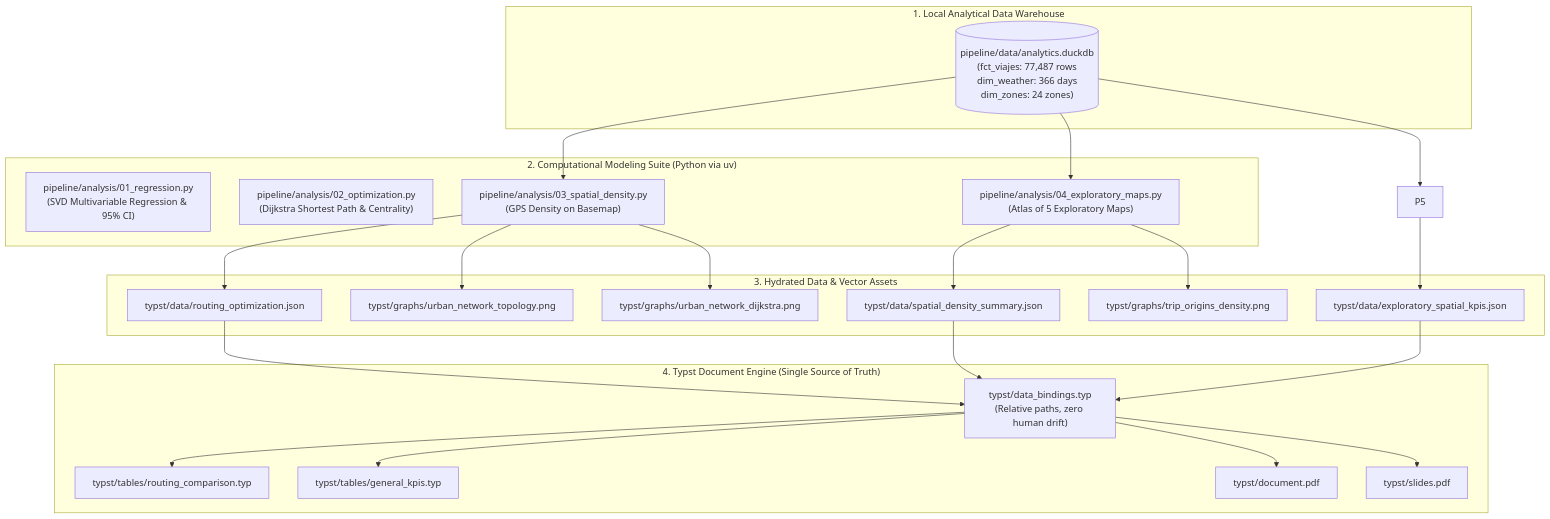
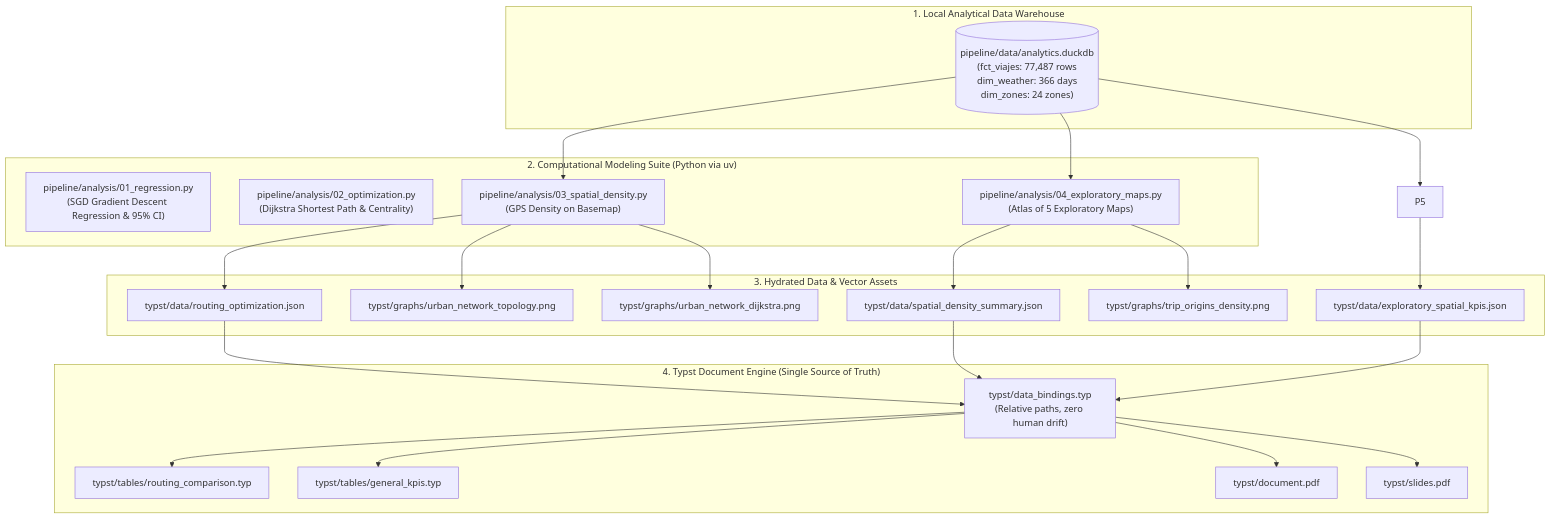
One commit to vect-maker/integrador-four changed the first of 2 diagrams in doc/paper_completion_roadmap.md. Above: the diagram before and after it, drawn with Mermaid. The commit also changed 4 other files, not shown here.

````diff
--- a/doc/paper_completion_roadmap.md
+++ b/doc/paper_completion_roadmap.md
@@ -25,37 +25,37 @@
 ```mermaid
 flowchart TD
     subgraph S1["1. Local Analytical Data Warehouse"]
         DuckDB[("pipeline/data/analytics.duckdb<br/>(fct_viajes: 77,487 rows<br/>dim_weather: 366 days<br/>dim_zones: 24 zones)")]
     end
 
     subgraph S2["2. Computational Modeling Suite (Python via uv)"]
-        P1["pipeline/analysis/01_regression.py<br/>(SVD Multivariable Regression & 95% CI)"]
+        P1["pipeline/analysis/01_regression.py<br/>(SGD Gradient Descent Regression & 95% CI)"]
         P2["pipeline/analysis/02_optimization.py<br/>(Dijkstra Shortest Path & Centrality)"]
         P3["pipeline/analysis/03_spatial_density.py<br/>(GPS Density on Basemap)"]
         P4["pipeline/analysis/04_exploratory_maps.py<br/>(Atlas of 5 Exploratory Maps)"]
     end
 
     subgraph S3["3. Hydrated Data & Vector Assets"]
         J3["typst/data/routing_optimization.json"]
         J4["typst/data/spatial_density_summary.json"]
         J5["typst/data/exploratory_spatial_kpis.json"]
         G3["typst/graphs/urban_network_topology.png"]
         G4["typst/graphs/urban_network_dijkstra.png"]
         G5["typst/graphs/trip_origins_density.png"]
     end
 
     subgraph S4["4. Typst Document Engine (Single Source of Truth)"]
         Bindings["typst/data_bindings.typ<br/>(Relative paths, zero human drift)"]
         T3["typst/tables/routing_comparison.typ"]
         T4["typst/tables/general_kpis.typ"]
         DocPDF["typst/document.pdf"]
         SlidesPDF["typst/slides.pdf"]
     end
 
     DuckDB --> P3 & P4 & P5
     P3 --> J3 & G3 & G4
     P4 --> J4 & G5
     P5 --> J5
     J3 & J4 & J5 --> Bindings
     Bindings --> T3 & T4 & DocPDF & SlidesPDF
 ```
````
